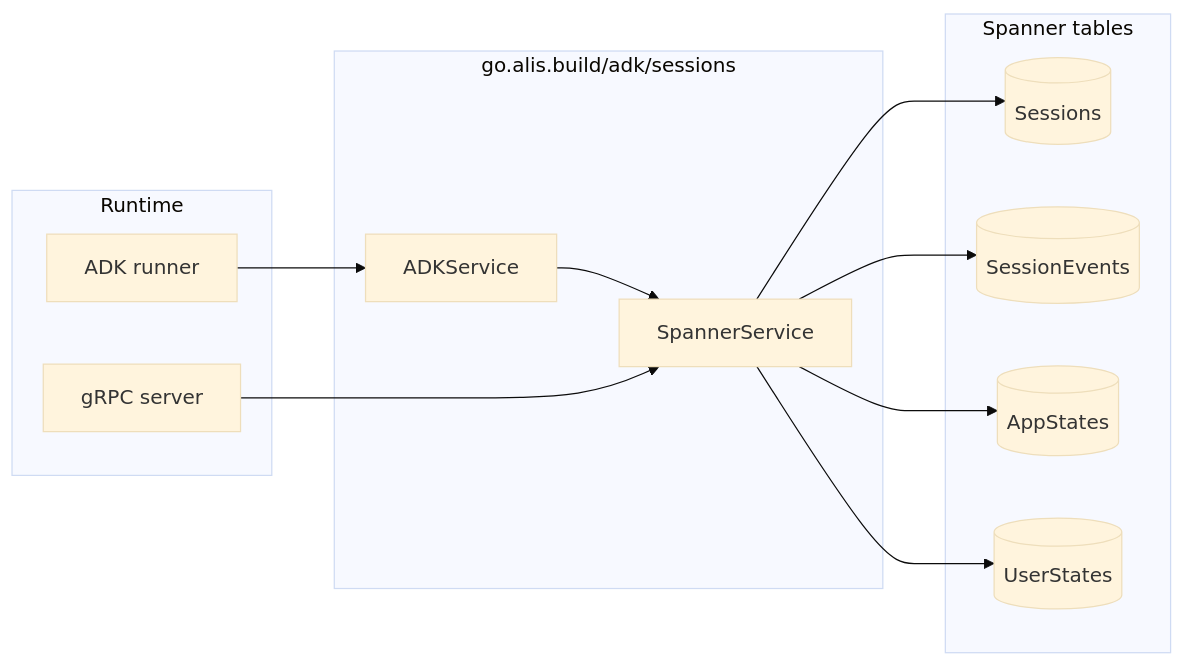
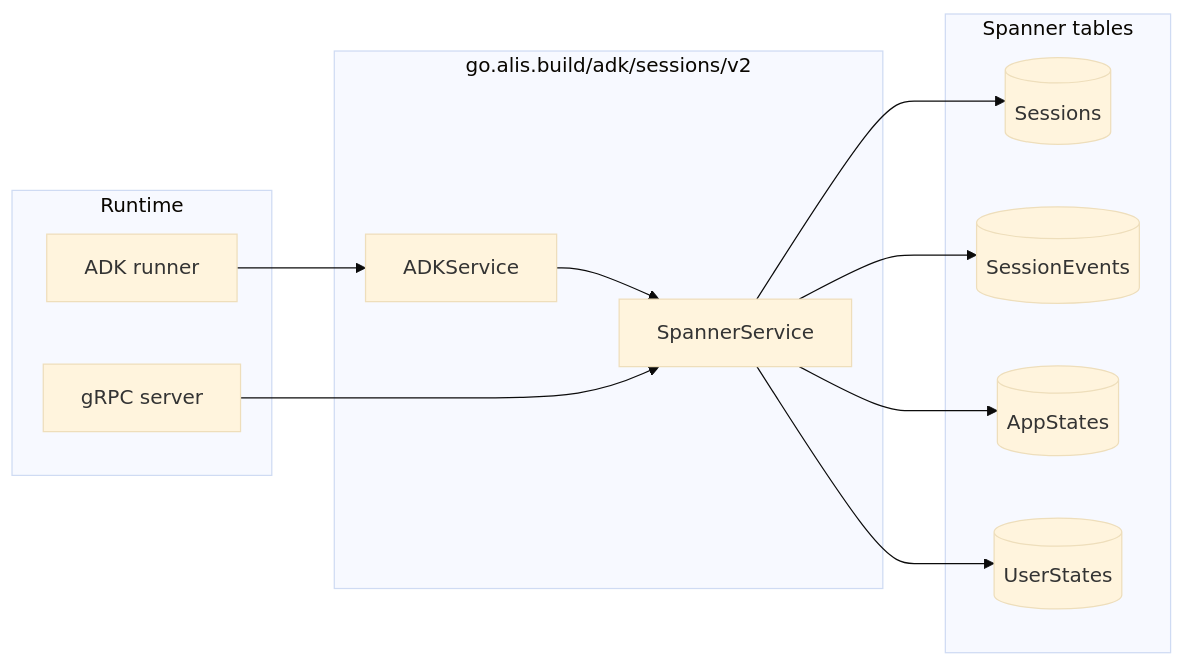
One commit to alis-exchange/adk-sessions-go changed the diagram in README.md. Above: the diagram before and after it, drawn with Mermaid (base theme). The commit also changed other lines of this file and 1 other file, not shown here.

````diff
--- a/README.md
+++ b/README.md
@@ -37,27 +37,27 @@
 ```mermaid
 flowchart LR
   subgraph runtime [Runtime]
     A[ADK runner]
     G[gRPC server]
   end
 
-  subgraph pkg [go.alis.build/adk/sessions]
+  subgraph pkg [go.alis.build/adk/sessions/v2]
     S[SpannerService]
     D[ADKService]
   end
 
   subgraph data [Spanner tables]
     SS[(Sessions)]
     SE[(SessionEvents)]
     AS[(AppStates)]
     US[(UserStates)]
   end
 
   A --> D
   D --> S
   G --> S
   S --> SS
   S --> SE
   S --> AS
   S --> US
 ```
````
